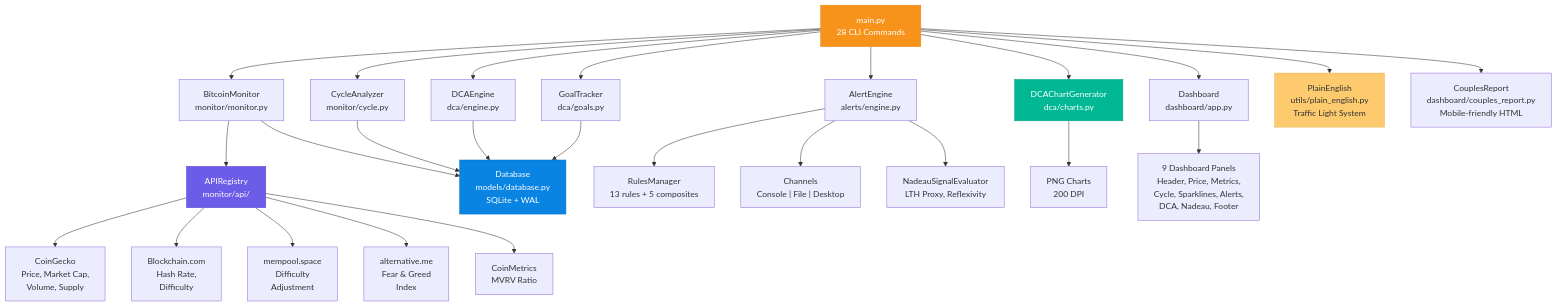
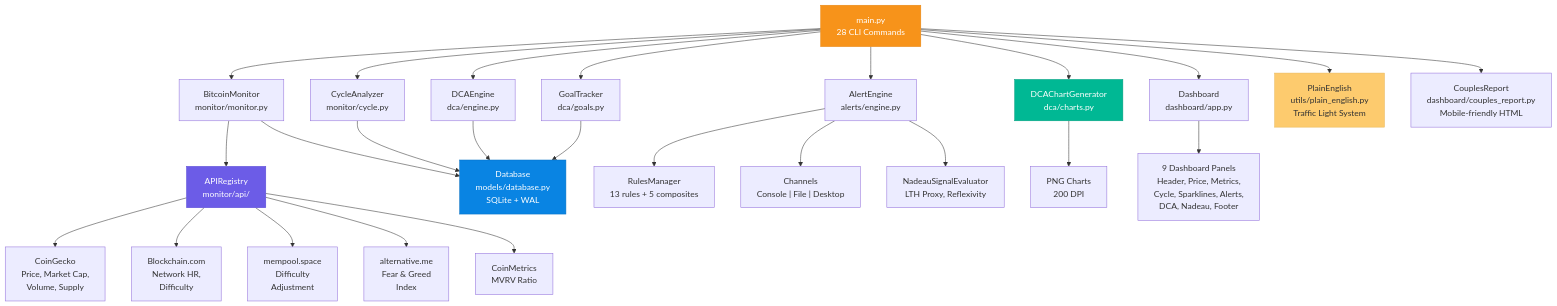
Before and after one commit to bjuice1/Bitcoing: the first of 3 diagrams in README.md, drawn with Mermaid. The commit also changed other lines of this file and 1 other file, not shown here.

Commit message:
Replace hash rate in docs to avoid Railway ban

````diff
--- a/README.md
+++ b/README.md
@@ -73,41 +73,41 @@
 ```mermaid
 graph TD
     CLI["main.py<br/>28 CLI Commands"]
 
     CLI --> Monitor["BitcoinMonitor<br/>monitor/monitor.py"]
     CLI --> Cycle["CycleAnalyzer<br/>monitor/cycle.py"]
     CLI --> Alerts["AlertEngine<br/>alerts/engine.py"]
     CLI --> DCA["DCAEngine<br/>dca/engine.py"]
     CLI --> Goals["GoalTracker<br/>dca/goals.py"]
     CLI --> Dash["Dashboard<br/>dashboard/app.py"]
     CLI --> Charts["DCAChartGenerator<br/>dca/charts.py"]
 
     Monitor --> API["APIRegistry<br/>monitor/api/"]
     Monitor --> DB["Database<br/>models/database.py<br/>SQLite + WAL"]
 
     API --> CG["CoinGecko<br/>Price, Market Cap,<br/>Volume, Supply"]
-    API --> BC["Blockchain.com<br/>Hash Rate,<br/>Difficulty"]
+    API --> BC["Blockchain.com<br/>Network HR,<br/>Difficulty"]
     API --> MP["mempool.space<br/>Difficulty<br/>Adjustment"]
     API --> FG["alternative.me<br/>Fear & Greed<br/>Index"]
     API --> CM["CoinMetrics<br/>MVRV Ratio"]
 
     Cycle --> DB
     Alerts --> Rules["RulesManager<br/>13 rules + 5 composites"]
     Alerts --> Channels["Channels<br/>Console | File | Desktop"]
     Alerts --> Nadeau["NadeauSignalEvaluator<br/>LTH Proxy, Reflexivity"]
 
     DCA --> DB
     Goals --> DB
     Charts --> PNG["PNG Charts<br/>200 DPI"]
 
     Dash --> Panels["9 Dashboard Panels<br/>Header, Price, Metrics,<br/>Cycle, Sparklines, Alerts,<br/>DCA, Nadeau, Footer"]
 
     CLI --> Plain["PlainEnglish<br/>utils/plain_english.py<br/>Traffic Light System"]
     CLI --> Report["CouplesReport<br/>dashboard/couples_report.py<br/>Mobile-friendly HTML"]
 
     style CLI fill:#F7931A,stroke:#E8850F,color:#FFF
     style DB fill:#0984E3,stroke:#0770C2,color:#FFF
     style API fill:#6C5CE7,stroke:#5A4BD6,color:#FFF
     style Charts fill:#00B894,stroke:#009D7E,color:#FFF
     style Plain fill:#FDCB6E,stroke:#E8B85A,color:#333
 ```
````
